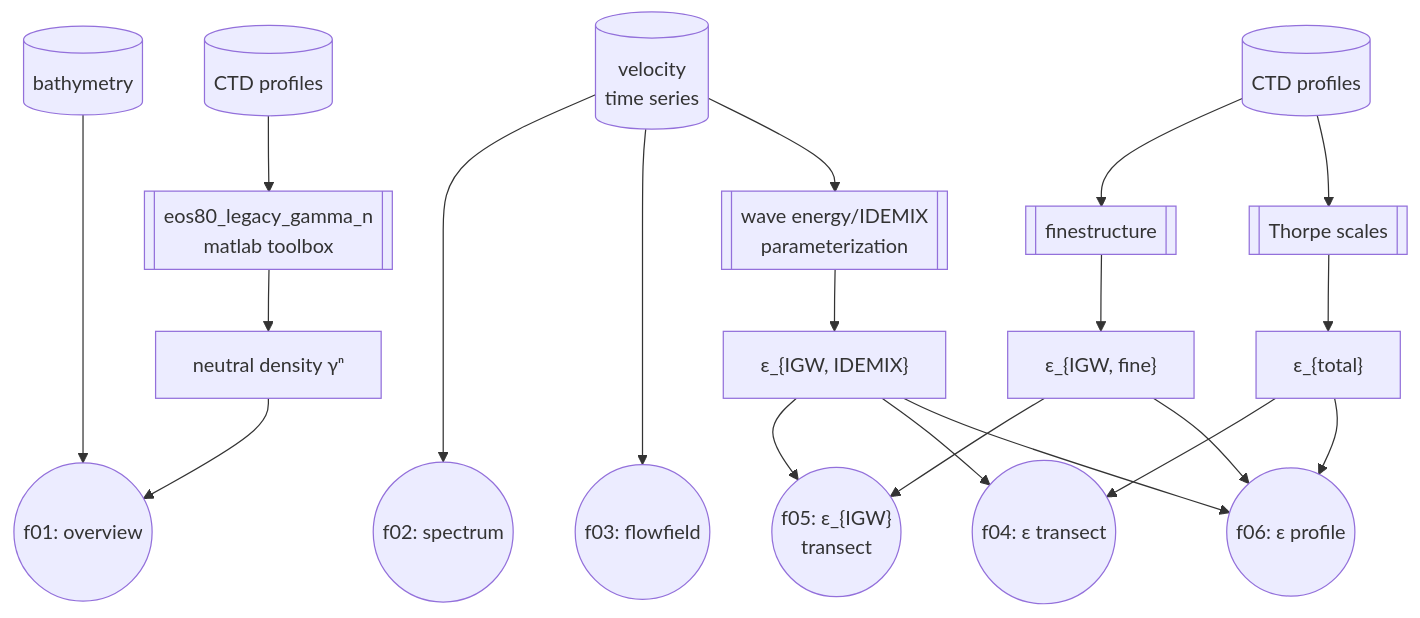
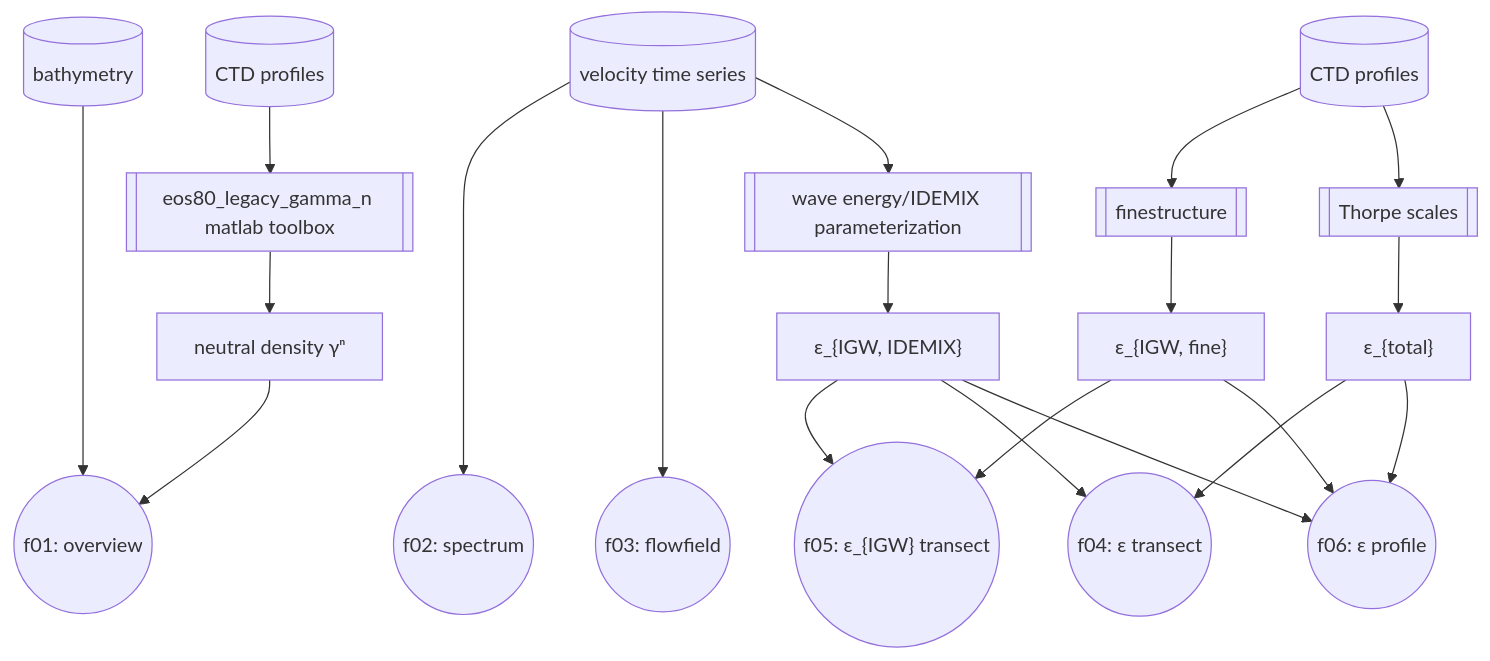
One commit to opinner/Pinner_et_al_2024 changed the diagram in README.md. Above: the diagram before and after it, drawn with Mermaid.

````diff
--- a/README.md
+++ b/README.md
@@ -22,30 +22,30 @@
 ```mermaid
 flowchart TD
     bathymetry[(bathymetry)] ----> f01((f01: overview))
-    CTD1[(CTD profiles)] --> id[[""eos80_legacy_gamma_n\nmatlab toolbox""]]
+    CTD1[(CTD profiles)] --> id[[""eos80_legacy_gamma_n matlab toolbox""]]
     id --> gamma["neutral density γⁿ"]
     gamma --> f01
 
     f02((f02: spectrum))
-    TS[(velocity\ntime series)] ----> f02
+    TS[(velocity time series)] ----> f02
     TS ----> f03((f03: flowfield))
 
-    TS --> idemix[[wave energy/IDEMIX \nparameterization]]
+    TS --> idemix[[wave energy/IDEMIX parameterization]]
     idemix --> epsidemix["ε_{IGW, IDEMIX}"]
 
     CTD2[(CTD profiles)]
     CTD2 --> fine[[finestructure]]
     fine --> epsfine["ε_{IGW, fine}"]
-    f05(("f05: ε_{IGW}\ntransect"))
+    f05(("f05: ε_{IGW} transect"))
     epsfine --> f05
     epsidemix --> f05
     epsidemix --> f04(("f04: ε transect"))
     CTD2 --> Thorpe[[Thorpe scales]]
     Thorpe --> epstotal["ε_{total}"]
     epstotal --> f04
 
     f06(("f06: ε profile"))
     epstotal --> f06
     epsidemix --> f06
     epsfine  --> f06
 ```
````
